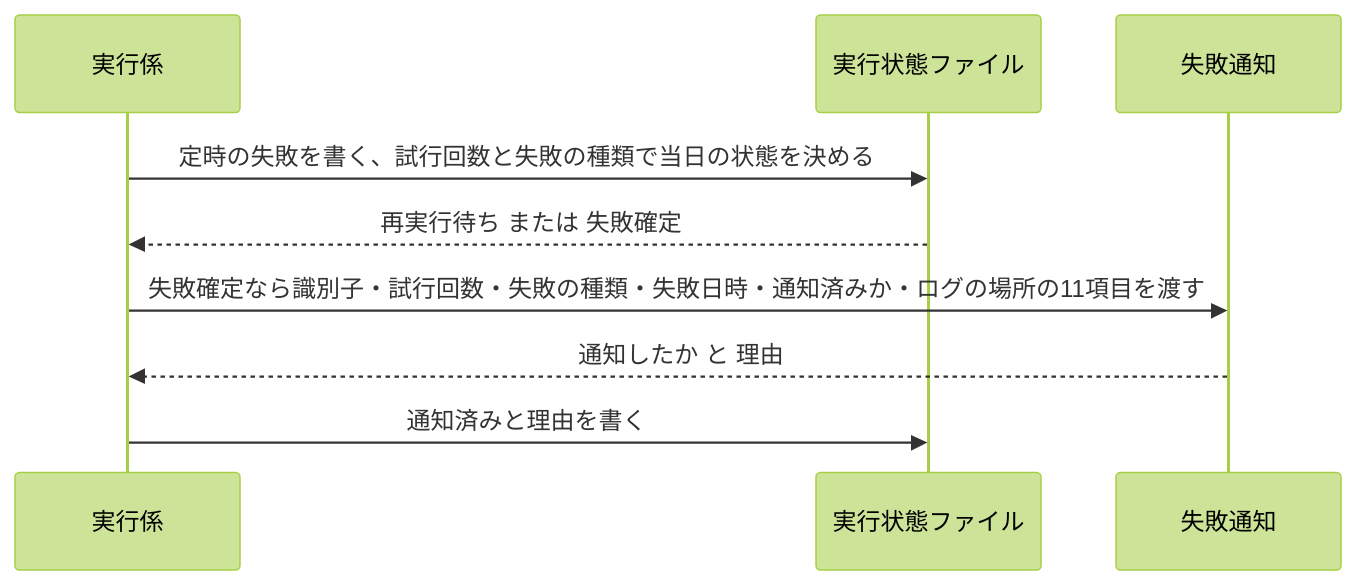
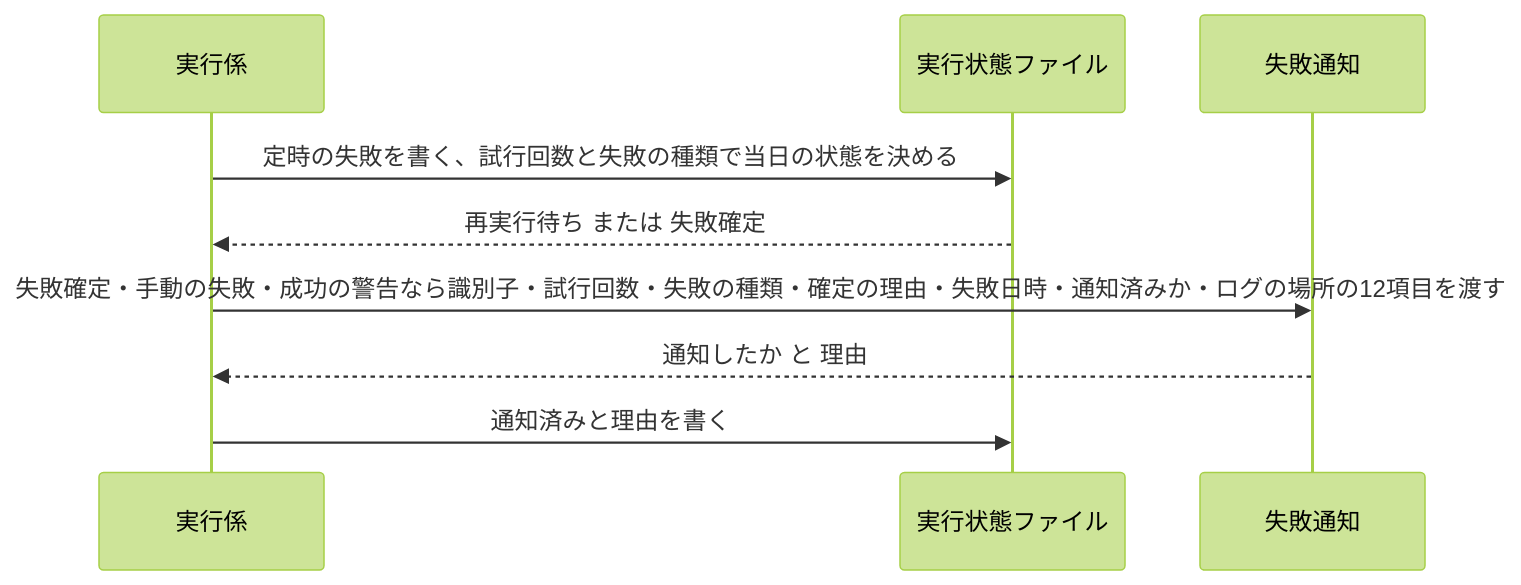
One commit to dnode-ryosuke-yamazaki/study changed the third of 6 diagrams in apps/digest-platform/specs/batch-runner/design.md. Above: the diagram before and after it, drawn with Mermaid (forest theme). The commit also changed other lines of this file and 5 other files, not shown here.

````diff
--- a/apps/digest-platform/specs/batch-runner/design.md
+++ b/apps/digest-platform/specs/batch-runner/design.md
@@ -129,11 +134,11 @@
 ```mermaid
 sequenceDiagram
     participant R as 実行係
     participant S as 実行状態ファイル
     participant N as 失敗通知
     R->>S: 定時の失敗を書く、試行回数と失敗の種類で当日の状態を決める
     S-->>R: 再実行待ち または 失敗確定
-    R->>N: 失敗確定なら識別子・試行回数・失敗の種類・失敗日時・通知済みか・ログの場所の11項目を渡す
+    R->>N: 失敗確定・手動の失敗・成功の警告なら識別子・試行回数・失敗の種類・確定の理由・失敗日時・通知済みか・ログの場所の12項目を渡す
     N-->>R: 通知したか と 理由
     R->>S: 通知済みと理由を書く
 ```
````
